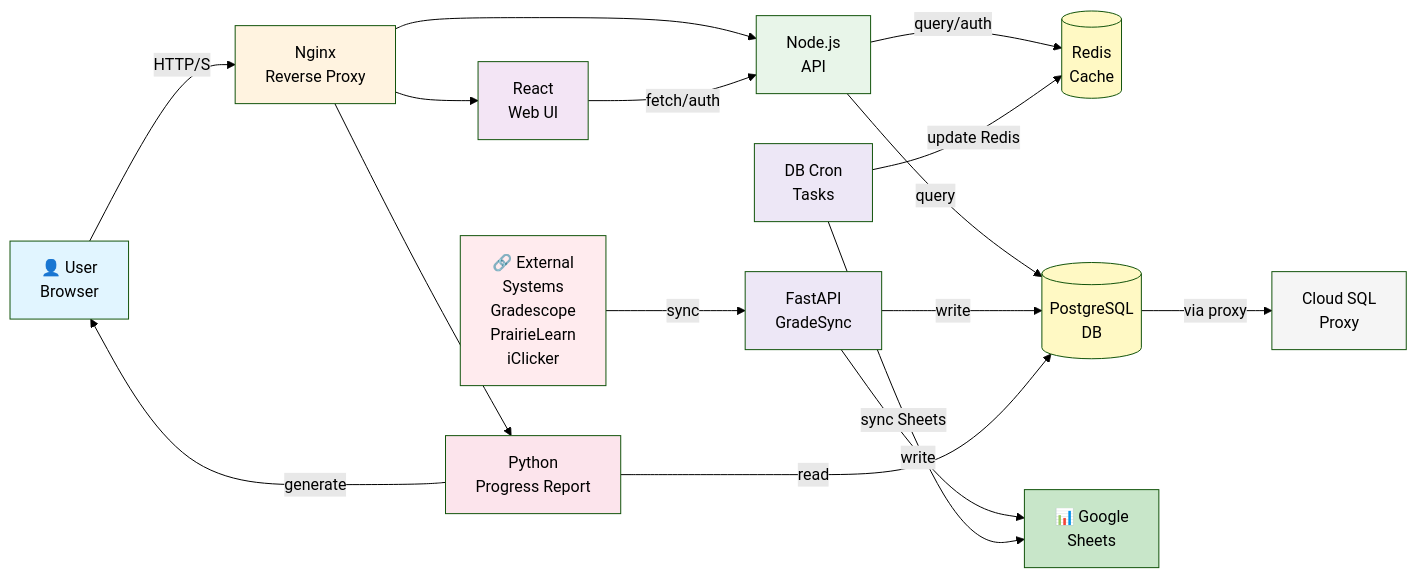
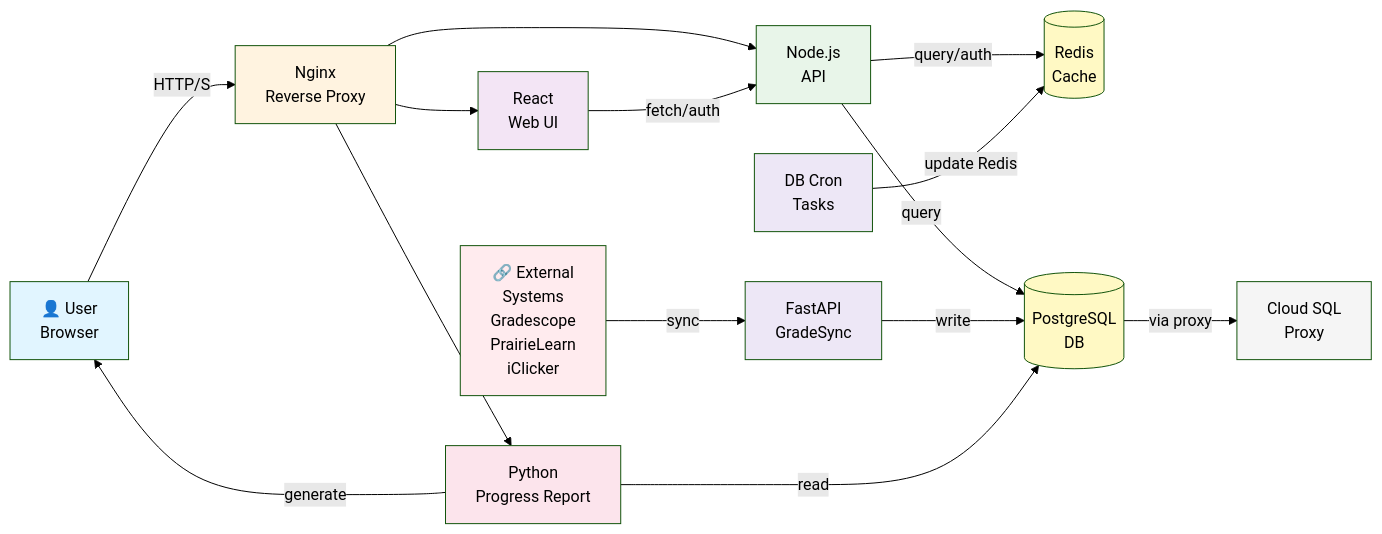
One commit to WeishuZ/Grades changed the diagram in ARCHITECTURE.md. Above: the diagram before and after it, drawn with Mermaid (forest theme). The commit also changed other lines of this file and 119 other files, not shown here.

First line of the commit message:
Refactor iClicker and PrairieLearn sync services to remove Google Sheets integration

````diff
--- a/ARCHITECTURE.md
+++ b/ARCHITECTURE.md
@@ -162,54 +147,50 @@
 ```mermaid
 graph LR
     User["👤 User<br/>Browser"]
     
     RP["Nginx<br/>Reverse Proxy"]
     Web["React<br/>Web UI"]
     API["Node.js<br/>API"]
     PR["Python<br/>Progress Report"]
     
     Redis[(Redis<br/>Cache)]
     DB[(PostgreSQL<br/>DB)]
     
     GS["FastAPI<br/>GradeSync"]
     DC["DB Cron<br/>Tasks"]
     CSP["Cloud SQL<br/>Proxy"]
     
     ES["🔗 External<br/>Systems<br/>Gradescope<br/>PrairieLearn<br/>iClicker"]
     
-    GSheets["📊 Google<br/>Sheets"]
     
     User -->|HTTP/S| RP
     RP --> Web
     RP --> API
     RP --> PR
     
     Web -->|fetch/auth| API
     API -->|query/auth| Redis
     API -->|query| DB
     
     ES -->|sync| GS
     GS -->|write| DB
-    GS -->|write| GSheets
     
     DB -->|via proxy| CSP
     
     DC -->|update Redis| Redis
-    DC -->|sync Sheets| GSheets
     
     PR -->|read| DB
     PR -->|generate| User
     
     style User fill:#e1f5ff
     style RP fill:#fff3e0
     style Web fill:#f3e5f5
     style API fill:#e8f5e9
     style PR fill:#fce4ec
     style Redis fill:#fff9c4
     style DB fill:#fff9c4
     style GS fill:#ede7f6
     style DC fill:#ede7f6
     style CSP fill:#f5f5f5
     style ES fill:#ffebee
-    style GSheets fill:#c8e6c9
 ```
````
